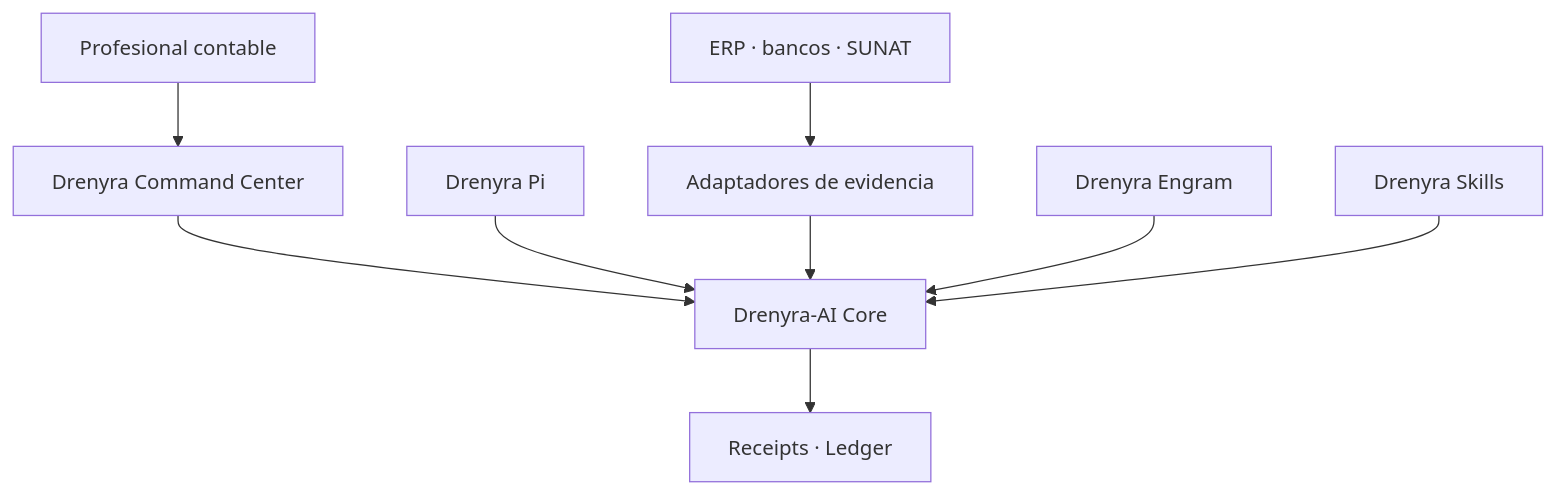
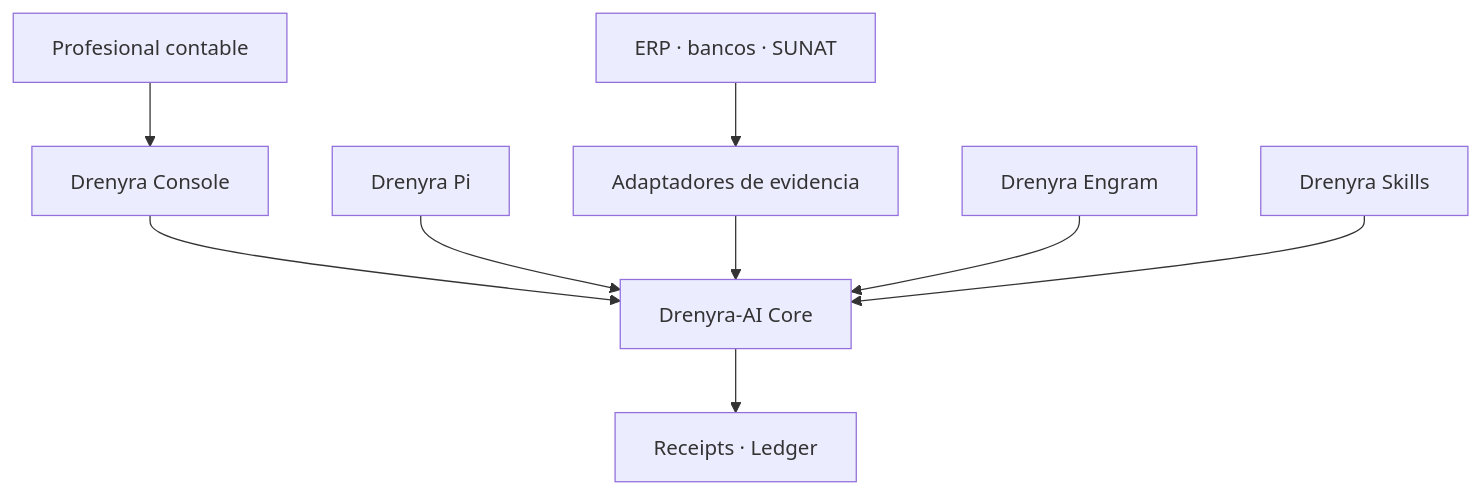
The diagram in docs/architecture/ecosystem-boundaries.md (arkelythex/drenyra-engram), drawn with Mermaid before and after one commit. The commit also changed 3 other files, not shown here.

Commit message:
docs: rename Drenyra Command Center and Drenyra Desktop to Drenyra Console

````diff
--- a/docs/architecture/ecosystem-boundaries.md
+++ b/docs/architecture/ecosystem-boundaries.md
@@ -50,11 +50,11 @@
 ```mermaid
 flowchart TD
-    P["Profesional contable"] --> D["Drenyra Command Center"]
+    P["Profesional contable"] --> D["Drenyra Console"]
     D --> AI["Drenyra-AI Core"]
     PI["Drenyra Pi"] --> AI
     ERP["ERP · bancos · SUNAT"] --> AD["Adaptadores de evidencia"]
     AD --> AI
     EN["Drenyra Engram"] --> AI
     SK["Drenyra Skills"] --> AI
     AI --> RC["Receipts · Ledger"]
 ```
````
